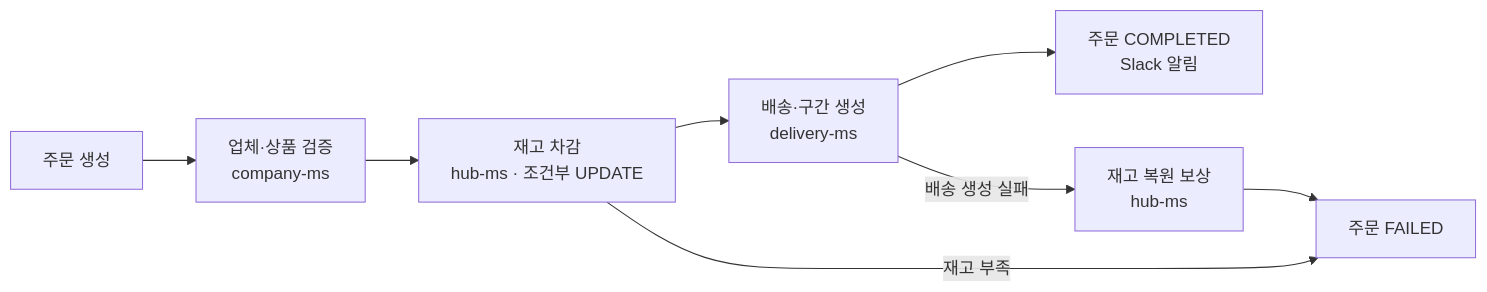
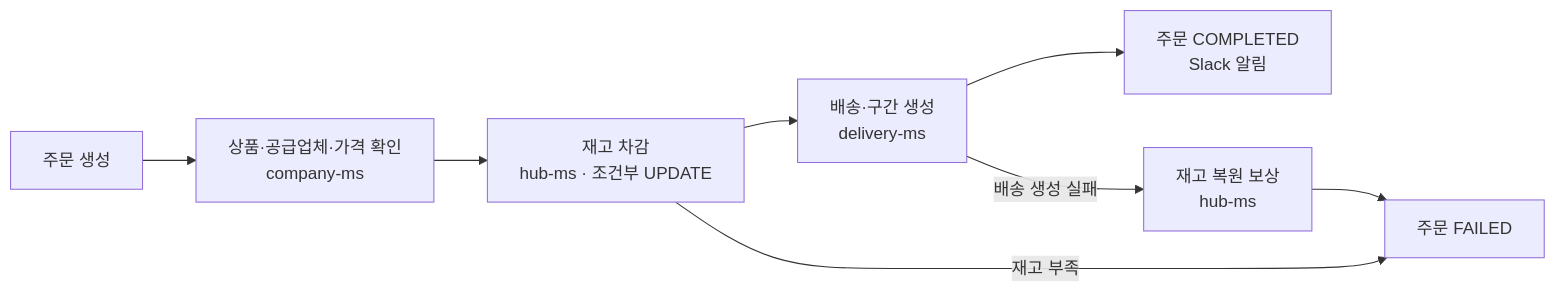
Before and after one commit to 01Commit10/sparta-logistics: the diagram in README.md, drawn with Mermaid. The commit also changed other lines of this file, not shown here.

````diff
--- a/README.md
+++ b/README.md
@@ -449,9 +433,9 @@
 ```mermaid
 flowchart LR
-    A[주문 생성] --> B[업체·상품 검증<br/>company-ms]
+    A[주문 생성] --> B[상품·공급업체·가격 확인<br/>company-ms]
     B --> C[재고 차감<br/>hub-ms · 조건부 UPDATE]
     C --> D[배송·구간 생성<br/>delivery-ms]
     D --> E[주문 COMPLETED<br/>Slack 알림]
     C -- 재고 부족 --> F[주문 FAILED]
     D -- 배송 생성 실패 --> G[재고 복원 보상<br/>hub-ms] --> F
 ```
````
